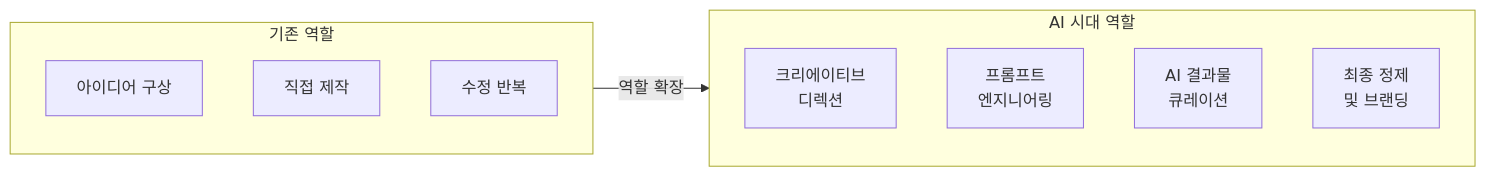
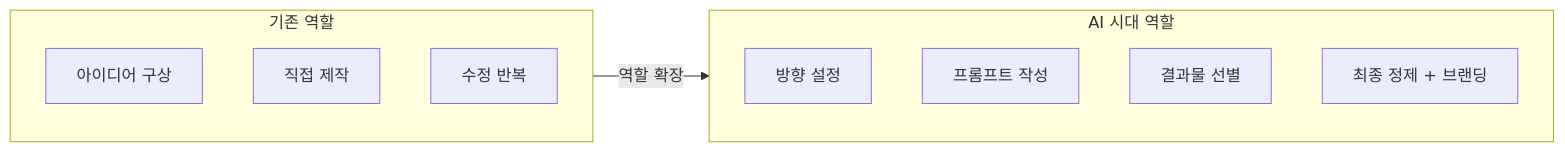
One commit to jsonpassion/forge-tutorial-promptcanvas changed the third of 3 diagrams in 01-ch1-ai-이미지-생성-개론/01-01-생성형-ai가-바꾸는-디자인-워크플로우.md. Above: the diagram before and after it, drawn with Mermaid. The commit also changed other lines of this file and 12 other files, not shown here.

````diff
--- a/01-ch1-ai-이미지-생성-개론/01-01-생성형-ai가-바꾸는-디자인-워크플로우.md
+++ b/01-ch1-ai-이미지-생성-개론/01-01-생성형-ai가-바꾸는-디자인-워크플로우.md
@@ -145,15 +108,15 @@
 ```mermaid
 flowchart LR
     subgraph Before["기존 역할"]
         B1["아이디어 구상"]
         B2["직접 제작"]
         B3["수정 반복"]
     end
     subgraph After["AI 시대 역할"]
-        A1["크리에이티브<br/>디렉션"]
-        A2["프롬프트<br/>엔지니어링"]
-        A3["AI 결과물<br/>큐레이션"]
-        A4["최종 정제<br/>및 브랜딩"]
+        A1["방향 설정"]
+        A2["프롬프트 작성"]
+        A3["결과물 선별"]
+        A4["최종 정제 + 브랜딩"]
     end
     Before --> |"역할 확장"| After
 ```
````
